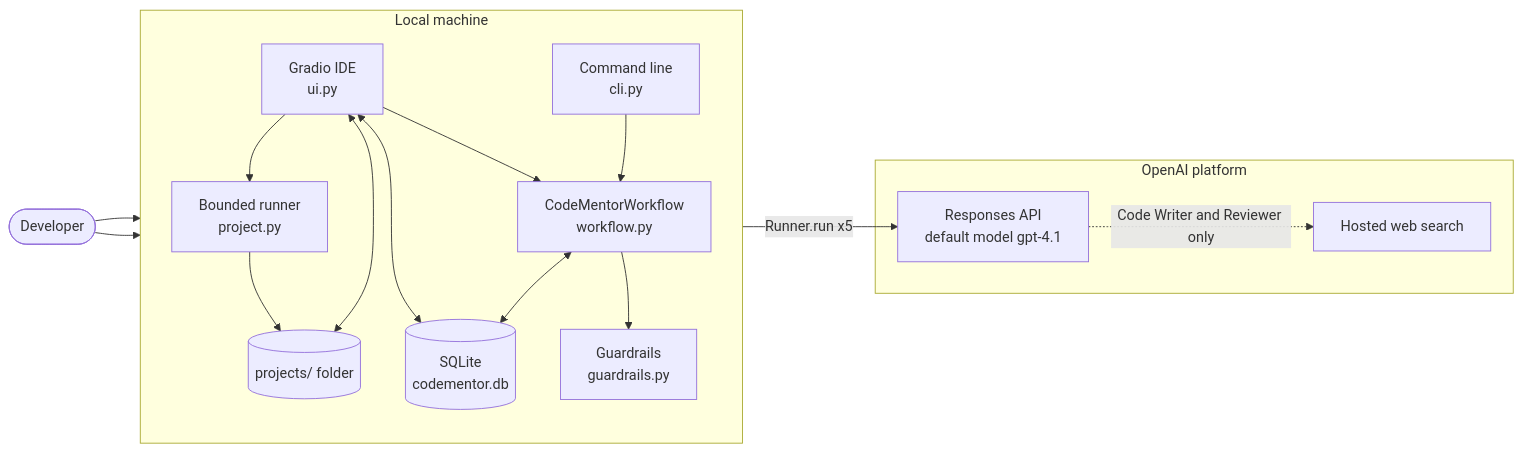
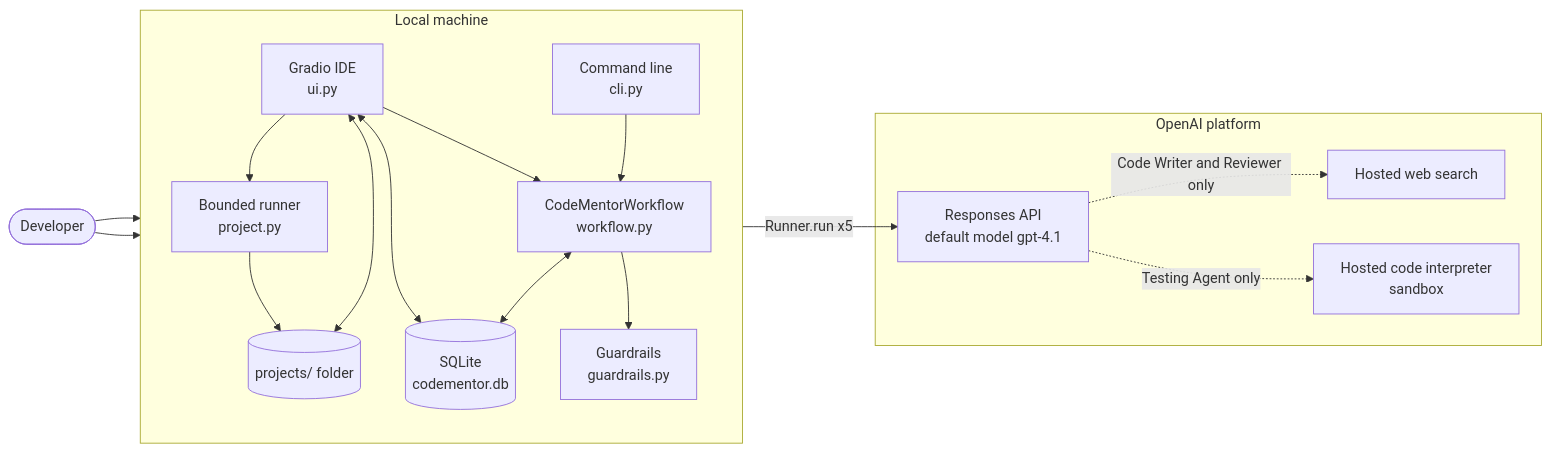
Before and after one commit to DawitFsaha/CodeMentor-AI-Agent: the first of 5 diagrams in documentation/ARCHITECTURE.md, drawn with Mermaid. The commit also changed other lines of this file and 29 other files, not shown here.

````diff
--- a/documentation/ARCHITECTURE.md
+++ b/documentation/ARCHITECTURE.md
@@ -29,33 +29,35 @@
 ```mermaid
 flowchart LR
     User([Developer])
 
     subgraph Local["Local machine"]
         direction TB
         UI["Gradio IDE<br/>ui.py"]
         CLI["Command line<br/>cli.py"]
         WF["CodeMentorWorkflow<br/>workflow.py"]
         GR["Guardrails<br/>guardrails.py"]
         MEM[("SQLite<br/>codementor.db")]
         WS[("projects/ folder")]
         RUN["Bounded runner<br/>project.py"]
     end
 
     subgraph OpenAI["OpenAI platform"]
         LLM["Responses API<br/>default model gpt-4.1"]
         WEB["Hosted web search"]
+        CI["Hosted code interpreter<br/>sandbox"]
     end
 
     User --> UI
     User --> CLI
     UI --> WF
     CLI --> WF
     WF --> GR
     WF <--> MEM
     UI <--> MEM
     UI <--> WS
     UI --> RUN
     RUN --> WS
     WF -- "Runner.run x5" --> LLM
     LLM -. "Code Writer and Reviewer only" .-> WEB
+    LLM -. "Testing Agent only" .-> CI
 ```
````
